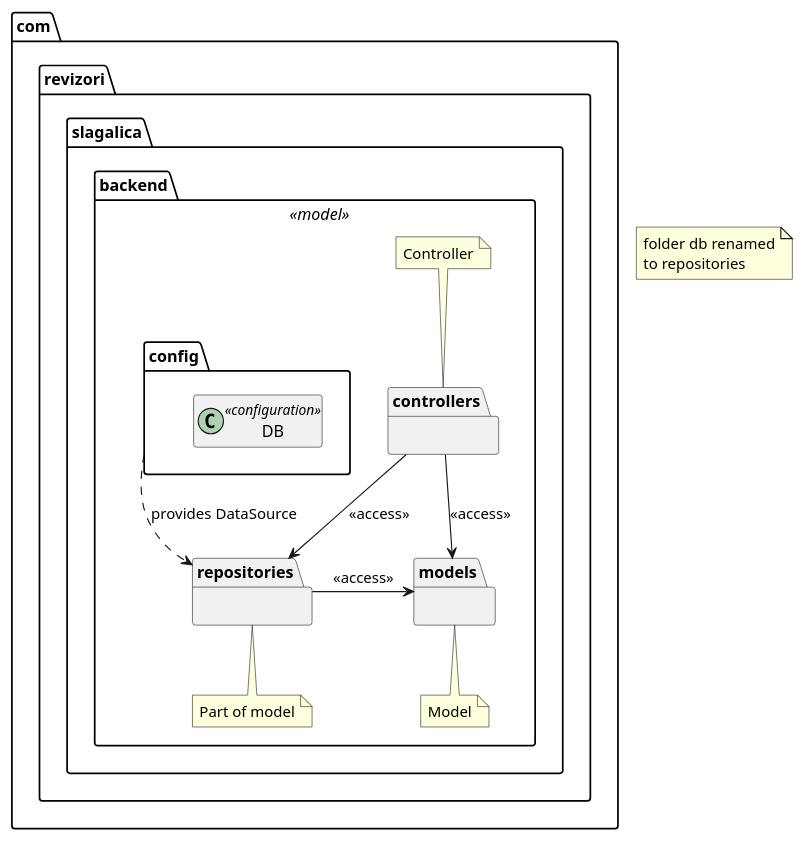
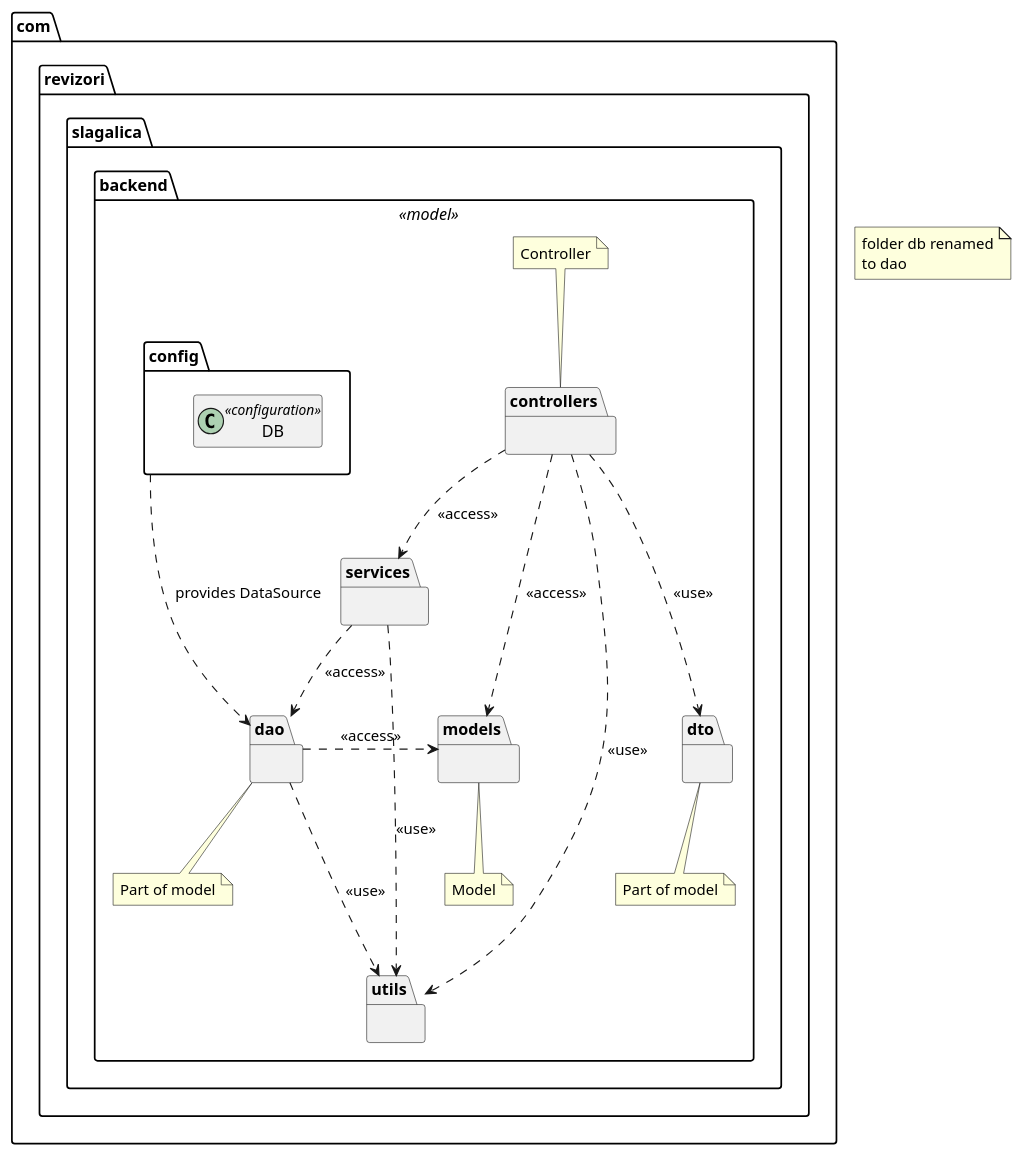
One commit to mreza-mladih-inzenjera/Slagalica changed the diagram in docs/diagrams/backend/package-diagrams/package_diagram.puml. Above: the diagram before and after it, drawn with PlantUML. The commit also changed 7 other files, not shown here.

Commit message:
Added application class diagram.

```diff
--- a/docs/diagrams/backend/package-diagrams/package_diagram.puml
+++ b/docs/diagrams/backend/package-diagrams/package_diagram.puml
@@ -1,29 +1,44 @@
 @startuml package_diagram
 
 hide members
 
-note "folder db renamed\nto repositories" as N1
+note "folder db renamed\nto dao" as N1
 package com.revizori.slagalica.backend <<model>> {
     package config {
         class DB <<configuration>>
     }
     package controllers {
         '
     }
-    package repositories {
+    package services {
+        '
+    }
+    package dao {
         '
     }
     package models {
         '
     }
+    package utils {
+        '
+    }
+    package dto {
 
-    config .d.> repositories : provides DataSource
-    controllers -d-> models : <<access>>
-    controllers -d-> repositories : <<access>>
-    repositories -> models : <<access>>
+    }
+
+    config ...> dao : provides DataSource
+    controllers ..> models : <<access>>
+    controllers ..> services : <<access>>
+    services ..> dao : <<access>>
+    dao .> models : <<access>>
+    controllers ...> utils : <<use>>
+    services ...> utils : <<use>>
+    dao ...> utils : <<use>>
+    controllers ...> dto : <<use>>
 
     note top of controllers : Controller
-    note bottom of repositories : Part of model
+    note bottom of dto : Part of model
+    note bottom of dao : Part of model
     note bottom of models : Model
 }
 @enduml
```
